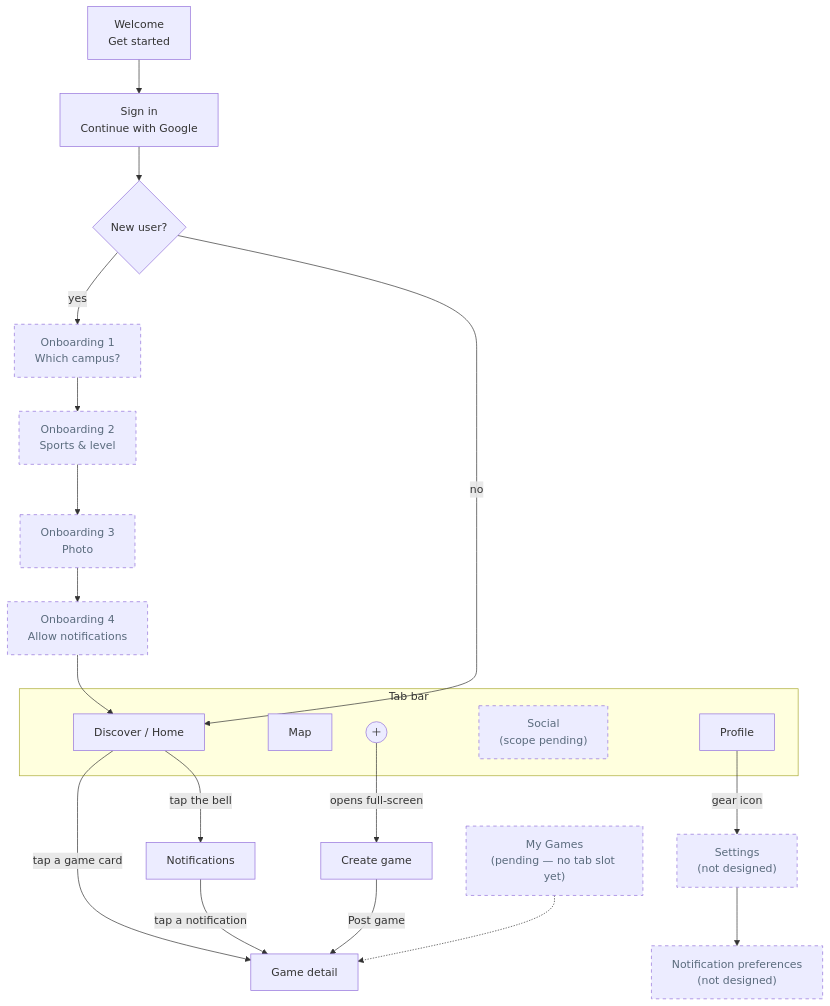
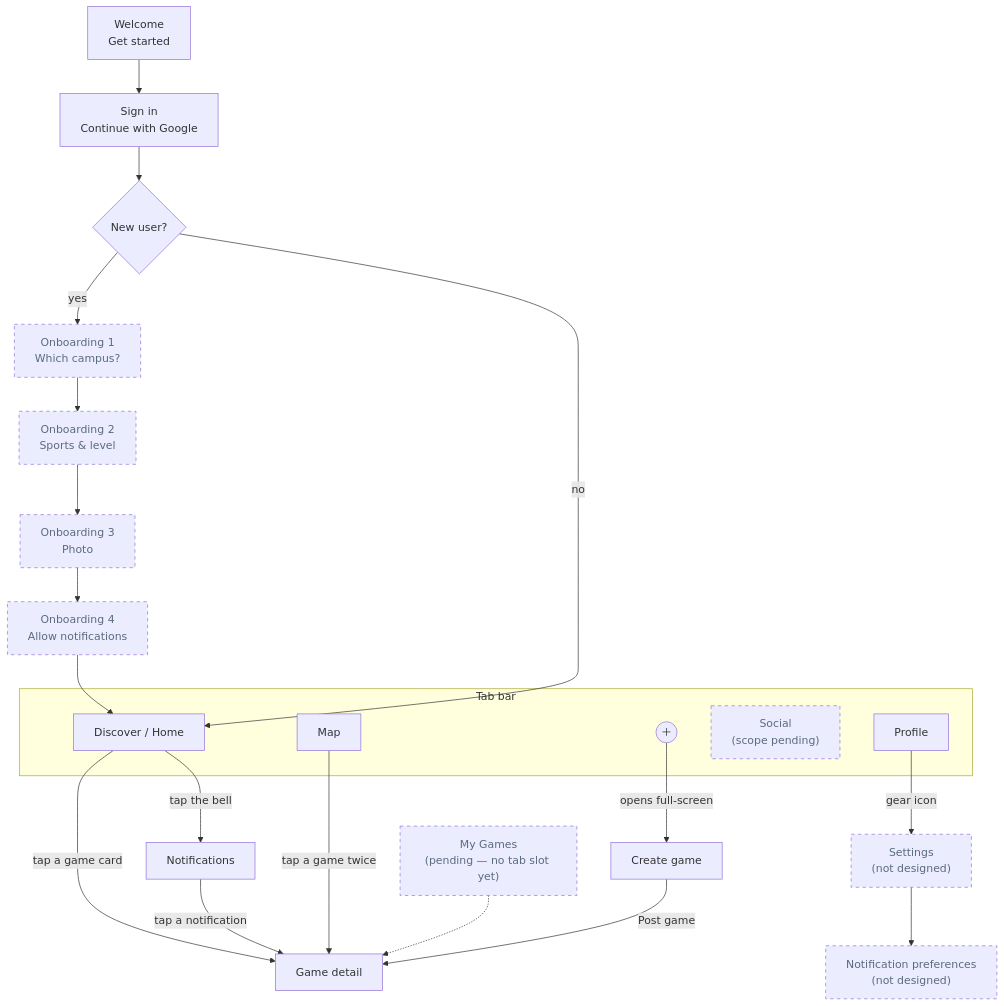
One commit to aymanlaassel/pantherplay changed the third of 9 diagrams in docs/ARCHITECTURE.md. Above: the diagram before and after it, drawn with Mermaid. The commit also changed other lines of this file, not shown here.

First line of the commit message:
Document Map tab in ARCHITECTURE.md

````diff
--- a/docs/ARCHITECTURE.md
+++ b/docs/ARCHITECTURE.md
@@ -143,31 +143,32 @@
 ```mermaid
 flowchart TD
   Welcome["Welcome<br/>Get started"] --> SignIn["Sign in<br/>Continue with Google"]
   SignIn --> Gate{"New user?"}
   Gate -- yes --> Campus["Onboarding 1<br/>Which campus?"]
   Campus --> Sports["Onboarding 2<br/>Sports & level"]
   Sports --> Photo["Onboarding 3<br/>Photo"]
   Photo --> Notif["Onboarding 4<br/>Allow notifications"]
   Notif --> Discover
   Gate -- no --> Discover
 
   subgraph TabBar["Tab bar"]
     Discover["Discover / Home"]
     MapTab["Map"]
     Plus(("＋"))
     Social["Social<br/>(scope pending)"]
     Profile["Profile"]
   end
 
   Discover -- "tap a game card" --> Detail["Game detail"]
+  MapTab -- "tap a game twice" --> Detail
   Discover -- "tap the bell" --> Notifications["Notifications"]
   Plus -- "opens full-screen" --> Create["Create game"]
   Create -- "Post game" --> Detail
   Profile -- "gear icon" --> Settings["Settings<br/>(not designed)"]
   Settings --> NotifPrefs["Notification preferences<br/>(not designed)"]
   Notifications -- "tap a notification" --> Detail
   MyGames["My Games<br/>(pending — no tab slot yet)"] -.-> Detail
 
   classDef pending stroke-dasharray: 5 5,color:#5A6B7D
   class Social,Settings,NotifPrefs,MyGames,Campus,Sports,Photo,Notif pending
 ```
````
